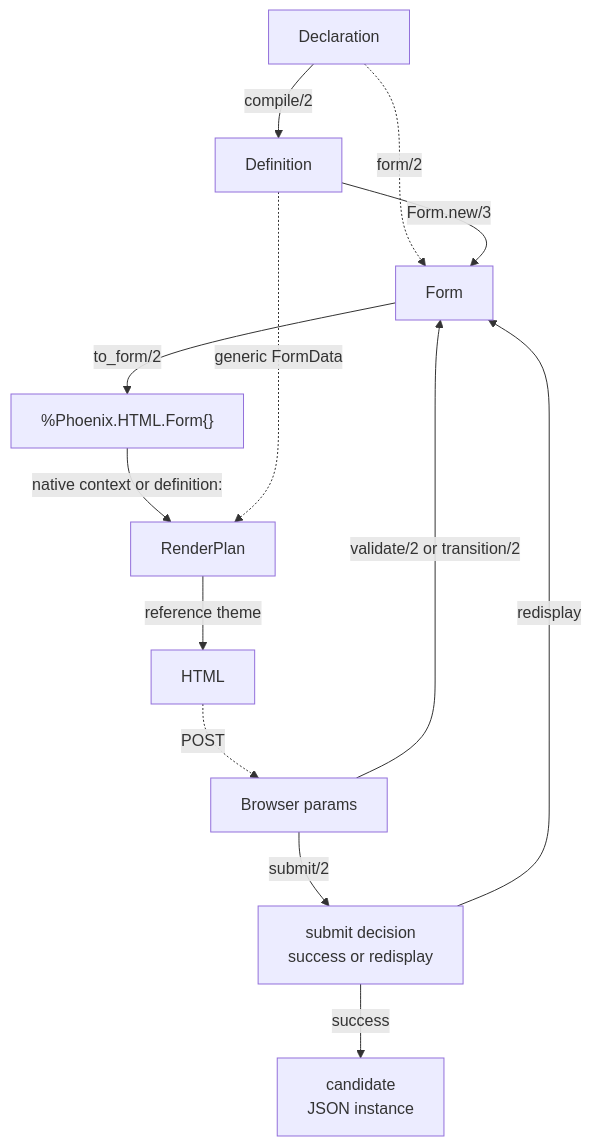
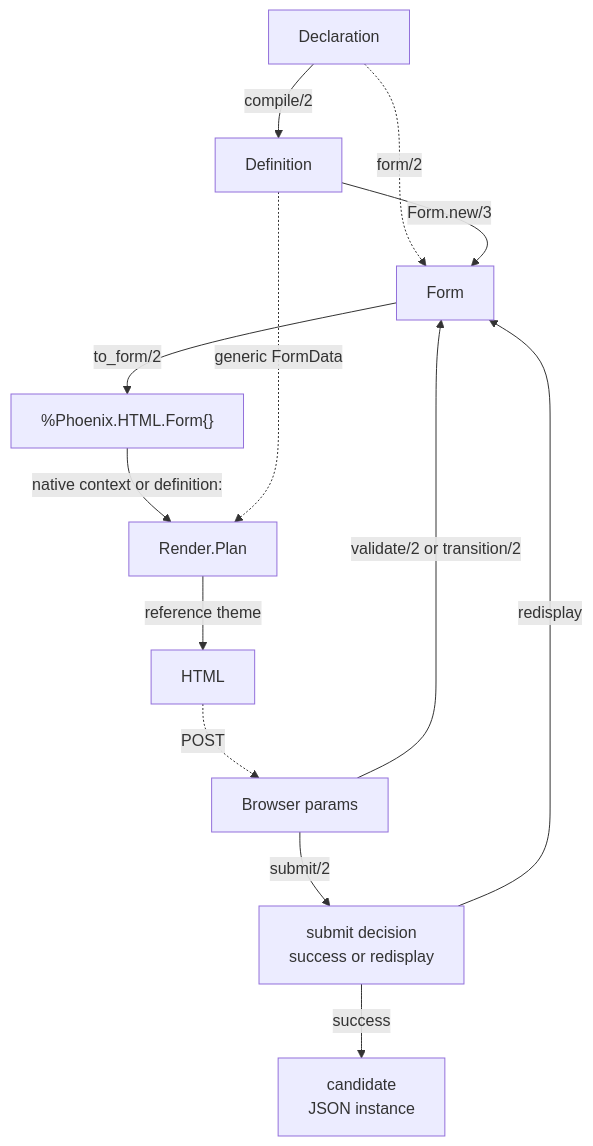
One commit to kioopi/formentation changed the diagram in docs/Formentation/Techdocs/end-to-end-data-flow.md. Above: the diagram before and after it, drawn with Mermaid. The commit also changed other lines of this file and 15 other files, not shown here.

````diff
--- a/docs/Formentation/Techdocs/end-to-end-data-flow.md
+++ b/docs/Formentation/Techdocs/end-to-end-data-flow.md
@@ -29,27 +29,27 @@
 ```mermaid
 flowchart TD
     Decl["Declaration"]
     Def["Definition"]
     State["Form"]
     PForm["%Phoenix.HTML.Form{}"]
-    Plan["RenderPlan"]
+    Plan["Render.Plan"]
     HTML["HTML"]
     Params["Browser params"]
     Decision["submit decision<br/>success or redisplay"]
     Cand["candidate<br/>JSON instance"]
 
     Decl -->|"compile/2"| Def
     Decl -.->|"form/2"| State
     Def -->|"Form.new/3"| State
     State -->|"to_form/2"| PForm
     PForm -->|"native context or definition:"| Plan
     Def -.->|"generic FormData"| Plan
     Plan -->|"reference theme"| HTML
     HTML -.->|"POST"| Params
     Params -->|"validate/2 or transition/2"| State
     Params -->|"submit/2"| Decision
     Decision -->|"success"| Cand
     Decision -->|"redisplay"| State
 
     class Def,State,Plan internal-link
 ```
````
